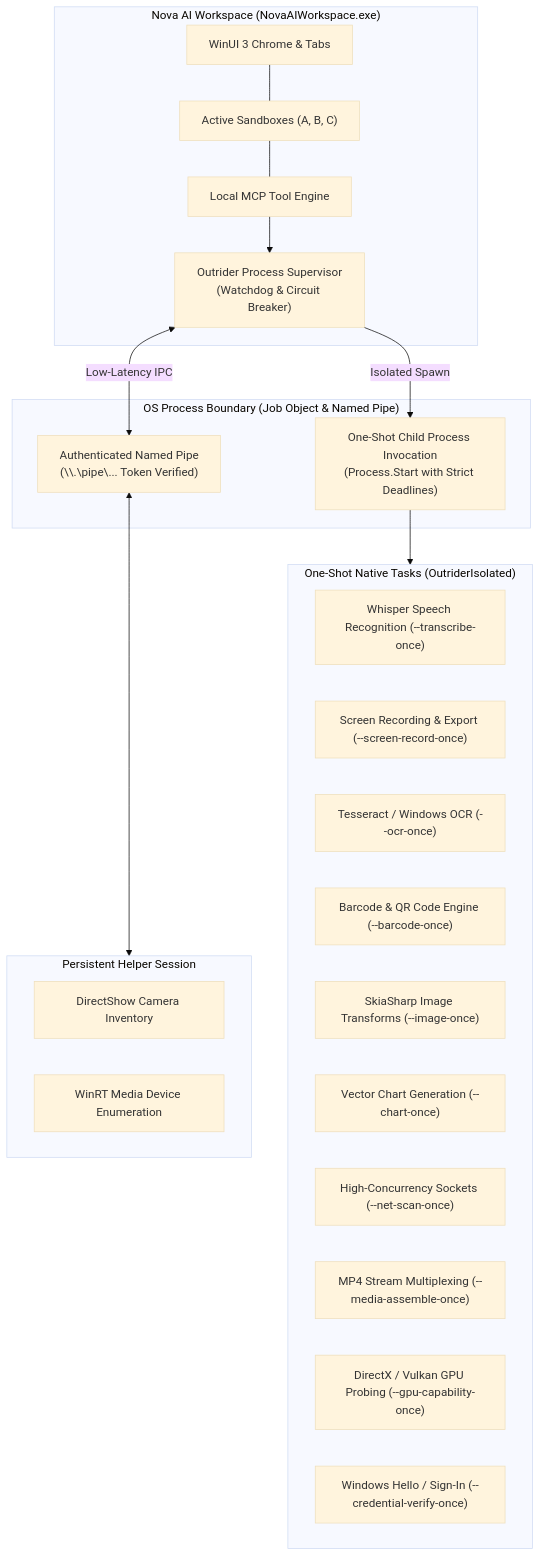
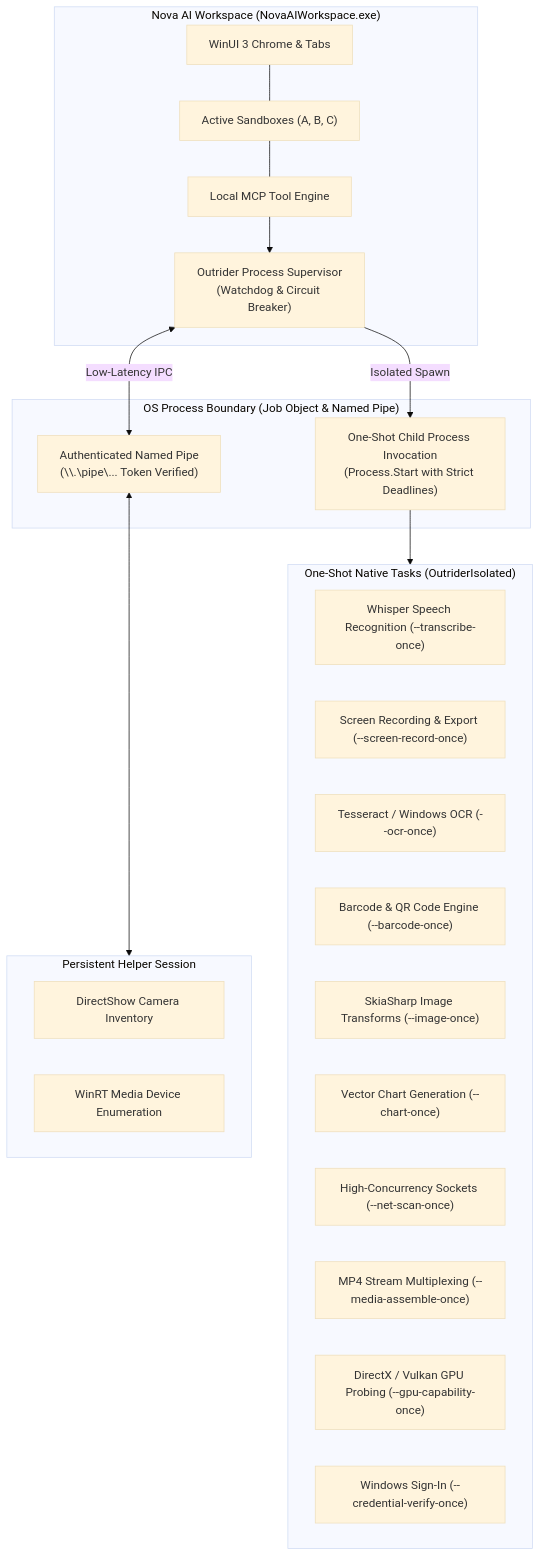
One commit to joelaniol/nova changed the first of 2 diagrams in docs/components/outrider/README.md. Above: the diagram before and after it, drawn with Mermaid (base theme). The commit also changed other lines of this file and 4 other files, not shown here.

Commit message:
docs: the password vault check is the Windows password prompt, not Windows Hello

````diff
--- a/docs/components/outrider/README.md
+++ b/docs/components/outrider/README.md
@@ -8,39 +8,39 @@
 ```mermaid
 flowchart TD
     subgraph HostProcess ["Nova AI Workspace (NovaAIWorkspace.exe)"]
         UI["WinUI 3 Chrome & Tabs"]
         Sandboxes["Active Sandboxes (A, B, C)"]
         MCP["Local MCP Tool Engine"]
         Supervisor["Outrider Process Supervisor<br/>(Watchdog & Circuit Breaker)"]
         
         UI --- Sandboxes
         Sandboxes --- MCP
         MCP --> Supervisor
     end
 
     subgraph Boundary ["OS Process Boundary (Job Object & Named Pipe)"]
         Pipe["Authenticated Named Pipe<br/>(\\.\pipe\... Token Verified)"]
         OneShot["One-Shot Child Process Invocation<br/>(Process.Start with Strict Deadlines)"]
     end
 
     subgraph OutriderPersistent ["Persistent Helper Session"]
         DirectShow["DirectShow Camera Inventory"]
         WinRT["WinRT Media Device Enumeration"]
     end
 
     subgraph OutriderOneShot ["One-Shot Native Tasks (OutriderIsolated)"]
         Speech["Whisper Speech Recognition (--transcribe-once)"]
         Screen["Screen Recording & Export (--screen-record-once)"]
         Vision["Tesseract / Windows OCR (--ocr-once)"]
         Barcode["Barcode & QR Code Engine (--barcode-once)"]
         ImageProc["SkiaSharp Image Transforms (--image-once)"]
         Charts["Vector Chart Generation (--chart-once)"]
         NetScan["High-Concurrency Sockets (--net-scan-once)"]
         Assembler["MP4 Stream Multiplexing (--media-assemble-once)"]
         GPU["DirectX / Vulkan GPU Probing (--gpu-capability-once)"]
-        Creds["Windows Hello / Sign-In (--credential-verify-once)"]
+        Creds["Windows Sign-In (--credential-verify-once)"]
     end
 
     Supervisor <-->|Low-Latency IPC| Pipe <--> OutriderPersistent
     Supervisor -->|Isolated Spawn| OneShot --> OutriderOneShot
 ```
````
